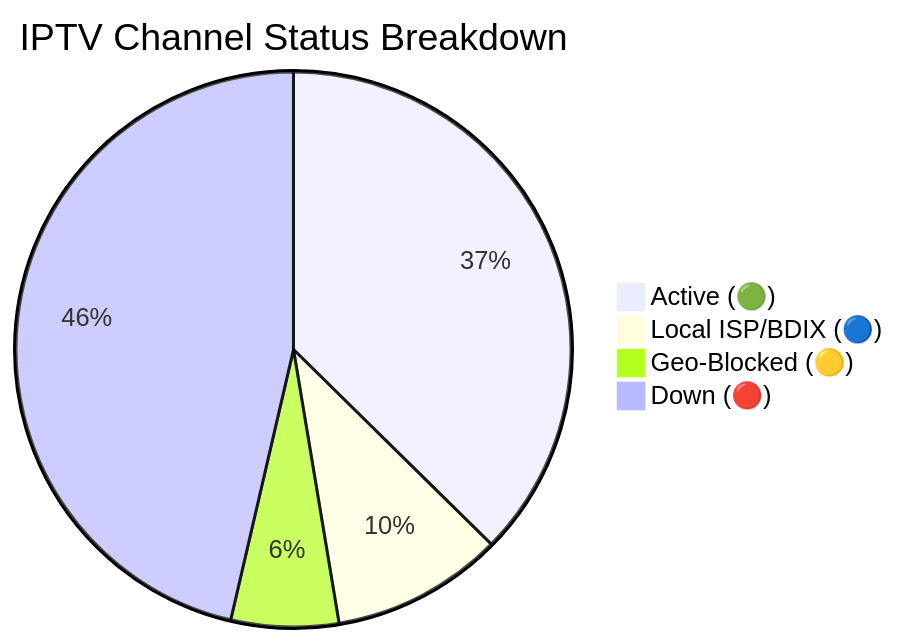
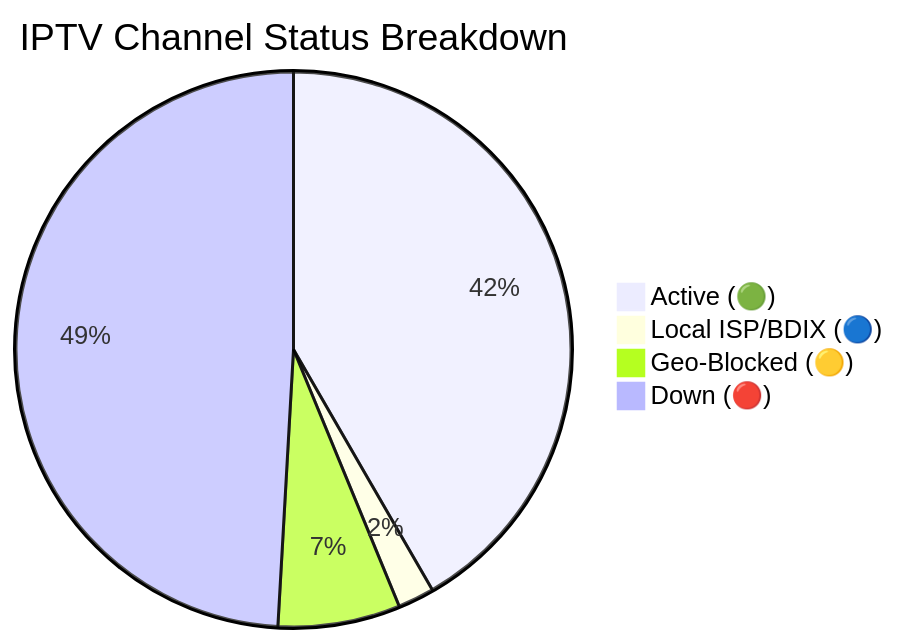
One commit to andreataylord/Ip-tv-Collection changed the diagram in README.md. Above: the diagram before and after it, drawn with Mermaid. The commit also changed other lines of this file and 3 other files, not shown here.

````diff
--- a/README.md
+++ b/README.md
@@ -59,7 +59,7 @@
 ```mermaid
 pie title IPTV Channel Status Breakdown
-    "Active (🟢)" : 2938
-    "Local ISP/BDIX (🔵)" : 786
-    "Geo-Blocked (🟡)" : 492
-    "Down (🔴)" : 3645
+    "Active (🟢)" : 2970
+    "Local ISP/BDIX (🔵)" : 151
+    "Geo-Blocked (🟡)" : 507
+    "Down (🔴)" : 3500
 ```
````
